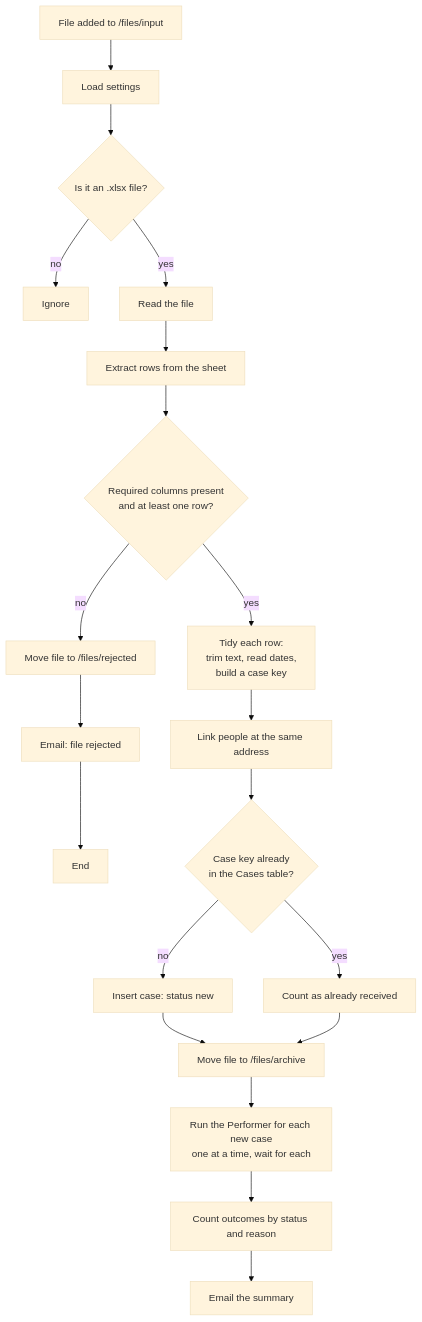
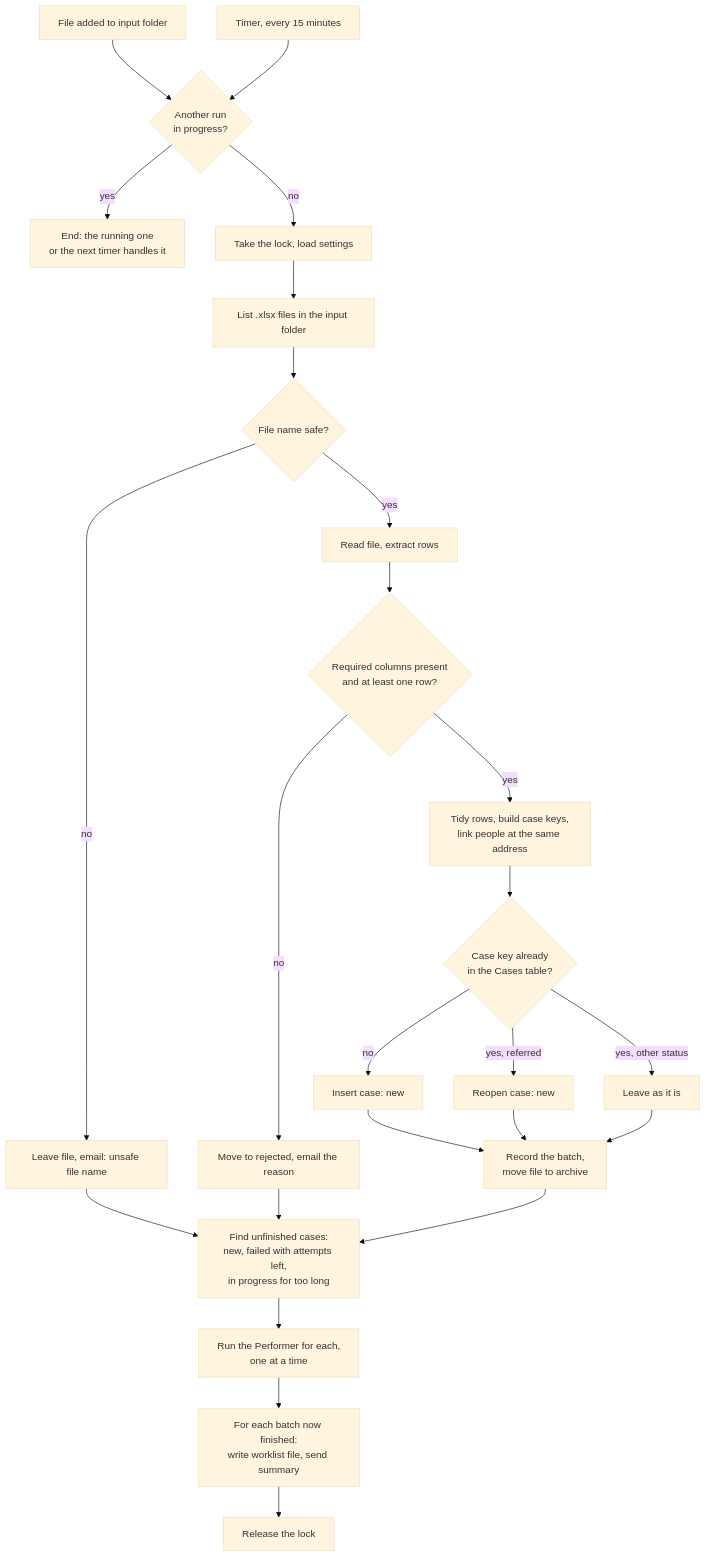
One commit to sgshaji/n8n-builder changed the second of 5 diagrams in docs/design/HARSLL-n8n-design.md. Above: the diagram before and after it, drawn with Mermaid (base theme). The commit also changed other lines of this file and 3 other files, not shown here.

````diff
--- a/docs/design/HARSLL-n8n-design.md
+++ b/docs/design/HARSLL-n8n-design.md
@@ -81,20 +121,29 @@
 ```mermaid
 flowchart TD
-    T[File added to /files/input] --> S[Load settings]
-    S --> F{Is it an .xlsx file?}
-    F -- no --> IG[Ignore]
-    F -- yes --> R[Read the file]
-    R --> X[Extract rows from the sheet]
+    T1[File added to input folder] --> LK
+    T2[Timer, every 15 minutes] --> LK
+    LK{Another run<br/>in progress?} -- yes --> STOP[End: the running one<br/>or the next timer handles it]
+    LK -- no --> S[Take the lock, load settings]
+
+    S --> LS[List .xlsx files in the input folder]
+    LS --> NM{File name safe?}
+    NM -- no --> RE1[Leave file, email: unsafe file name]
+    NM -- yes --> X[Read file, extract rows]
     X --> V{Required columns present<br/>and at least one row?}
-    V -- no --> RJ[Move file to /files/rejected] --> RE[Email: file rejected] --> END1[End]
-    V -- yes --> N[Tidy each row:<br/>trim text, read dates,<br/>build a case key]
-    N --> G[Link people at the same address]
-    G --> C{Case key already<br/>in the Cases table?}
-    C -- yes --> SK[Count as already received]
-    C -- no --> I[Insert case: status new]
-    I --> MV[Move file to /files/archive]
+    V -- no --> RJ[Move to rejected, email the reason]
+    V -- yes --> N[Tidy rows, build case keys,<br/>link people at the same address]
+    N --> C{Case key already<br/>in the Cases table?}
+    C -- no --> I[Insert case: new]
+    C -- yes, referred --> RO[Reopen case: new]
+    C -- yes, other status --> SK[Leave as it is]
+    I --> MV[Record the batch,<br/>move file to archive]
+    RO --> MV
     SK --> MV
-    MV --> PF[Run the Performer for each new case<br/>one at a time, wait for each]
-    PF --> SUM[Count outcomes by status and reason]
-    SUM --> E[Email the summary]
+
+    MV --> PR[Find unfinished cases:<br/>new, failed with attempts left,<br/>in progress for too long]
+    RE1 --> PR
+    RJ --> PR
+    PR --> PF[Run the Performer for each,<br/>one at a time]
+    PF --> BT[For each batch now finished:<br/>write worklist file, send summary]
+    BT --> UL[Release the lock]
 ```
````
